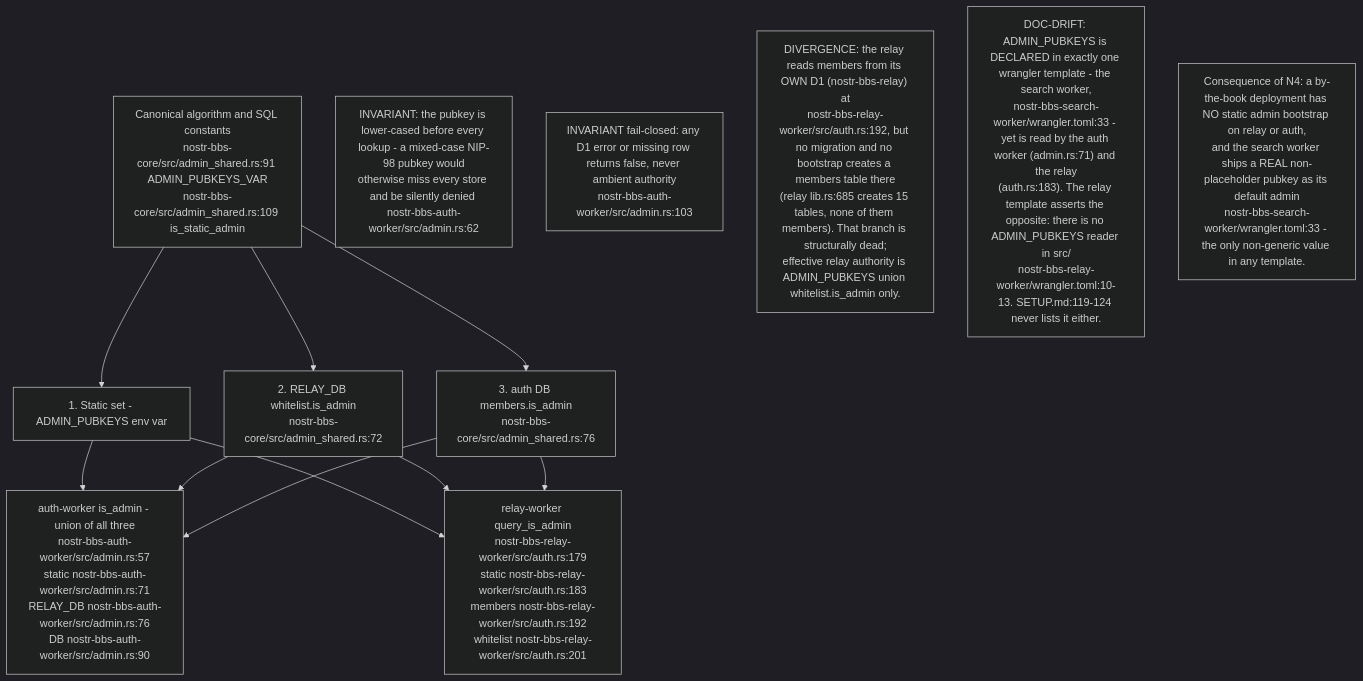
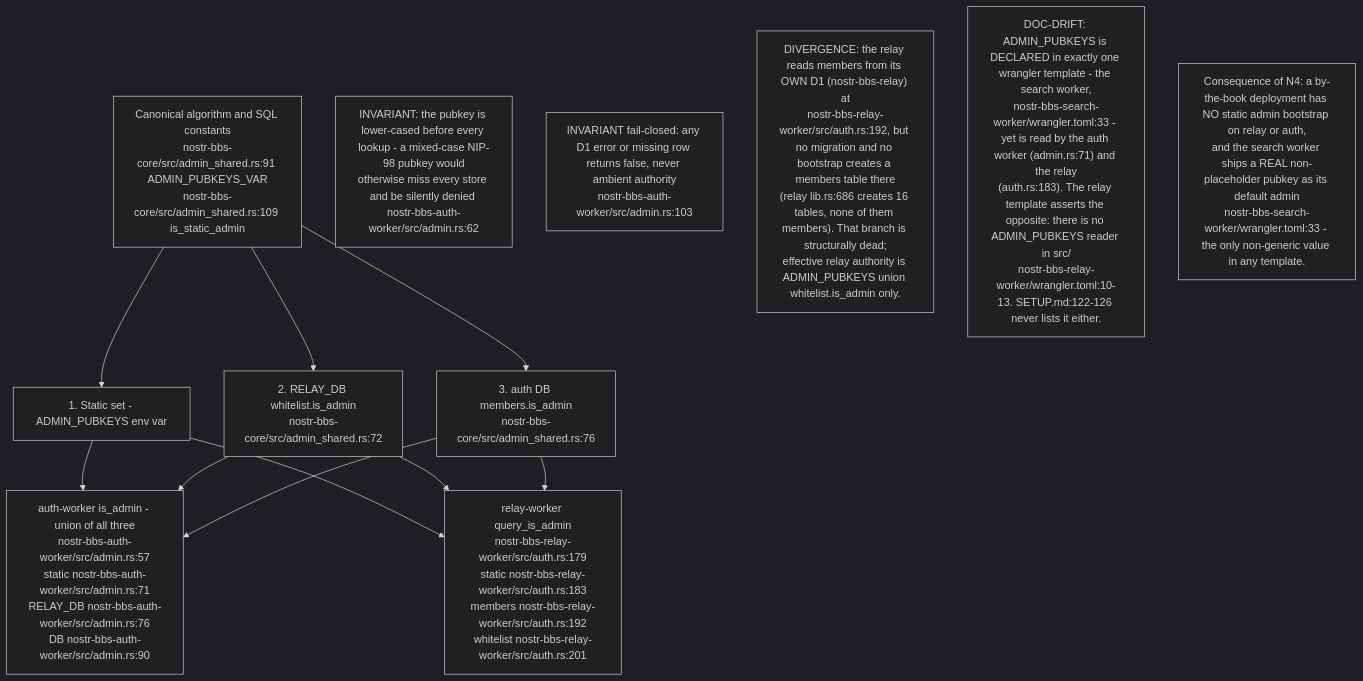
The seventh of 9 diagrams in docs/diagrams/nostr-rust-forum/08-config-zones-stores-and-admin-authority.md (DreamLab-AI/VisionFlow), drawn with Mermaid (dark theme) before and after one commit. The commit also changed other lines of this file and 31 other files, not shown here.

````diff
--- a/docs/diagrams/nostr-rust-forum/08-config-zones-stores-and-admin-authority.md
+++ b/docs/diagrams/nostr-rust-forum/08-config-zones-stores-and-admin-authority.md
@@ -206,19 +226,19 @@
 ```mermaid
 flowchart TB
     CANON["Canonical algorithm and SQL constants<br/>nostr-bbs-core/src/admin_shared.rs:91 ADMIN_PUBKEYS_VAR<br/>nostr-bbs-core/src/admin_shared.rs:109 is_static_admin"]
     S1["1. Static set - ADMIN_PUBKEYS env var"]
     S2["2. RELAY_DB whitelist.is_admin<br/>nostr-bbs-core/src/admin_shared.rs:72"]
     S3["3. auth DB members.is_admin<br/>nostr-bbs-core/src/admin_shared.rs:76"]
     AUTHIS["auth-worker is_admin - union of all three<br/>nostr-bbs-auth-worker/src/admin.rs:57<br/>static nostr-bbs-auth-worker/src/admin.rs:71<br/>RELAY_DB nostr-bbs-auth-worker/src/admin.rs:76<br/>DB nostr-bbs-auth-worker/src/admin.rs:90"]
     RELIS["relay-worker query_is_admin<br/>nostr-bbs-relay-worker/src/auth.rs:179<br/>static nostr-bbs-relay-worker/src/auth.rs:183<br/>members nostr-bbs-relay-worker/src/auth.rs:192<br/>whitelist nostr-bbs-relay-worker/src/auth.rs:201"]
 
     CANON --> S1 & S2 & S3
     S1 & S2 & S3 --> AUTHIS
     S1 & S2 & S3 --> RELIS
 
     N1["INVARIANT: the pubkey is lower-cased before every lookup - a mixed-case NIP-98 pubkey would<br/>otherwise miss every store and be silently denied nostr-bbs-auth-worker/src/admin.rs:62"]
     N2["INVARIANT fail-closed: any D1 error or missing row returns false, never ambient authority<br/>nostr-bbs-auth-worker/src/admin.rs:103"]
-    N3["DIVERGENCE: the relay reads members from its OWN D1 (nostr-bbs-relay) at<br/>nostr-bbs-relay-worker/src/auth.rs:192, but no migration and no bootstrap creates a members table there<br/>(relay lib.rs:685 creates 15 tables, none of them members). That branch is structurally dead;<br/>effective relay authority is ADMIN_PUBKEYS union whitelist.is_admin only."]
-    N4["DOC-DRIFT: ADMIN_PUBKEYS is DECLARED in exactly one wrangler template - the search worker,<br/>nostr-bbs-search-worker/wrangler.toml:33 - yet is read by the auth worker (admin.rs:71) and the relay<br/>(auth.rs:183). The relay template asserts the opposite: there is no ADMIN_PUBKEYS reader in src/<br/>nostr-bbs-relay-worker/wrangler.toml:10-13. SETUP.md:119-124 never lists it either."]
+    N3["DIVERGENCE: the relay reads members from its OWN D1 (nostr-bbs-relay) at<br/>nostr-bbs-relay-worker/src/auth.rs:192, but no migration and no bootstrap creates a members table there<br/>(relay lib.rs:686 creates 16 tables, none of them members). That branch is structurally dead;<br/>effective relay authority is ADMIN_PUBKEYS union whitelist.is_admin only."]
+    N4["DOC-DRIFT: ADMIN_PUBKEYS is DECLARED in exactly one wrangler template - the search worker,<br/>nostr-bbs-search-worker/wrangler.toml:33 - yet is read by the auth worker (admin.rs:71) and the relay<br/>(auth.rs:183). The relay template asserts the opposite: there is no ADMIN_PUBKEYS reader in src/<br/>nostr-bbs-relay-worker/wrangler.toml:10-13. SETUP.md:122-126 never lists it either."]
     N5["Consequence of N4: a by-the-book deployment has NO static admin bootstrap on relay or auth,<br/>and the search worker ships a REAL non-placeholder pubkey as its default admin<br/>nostr-bbs-search-worker/wrangler.toml:33 - the only non-generic value in any template."]
 ```
````
